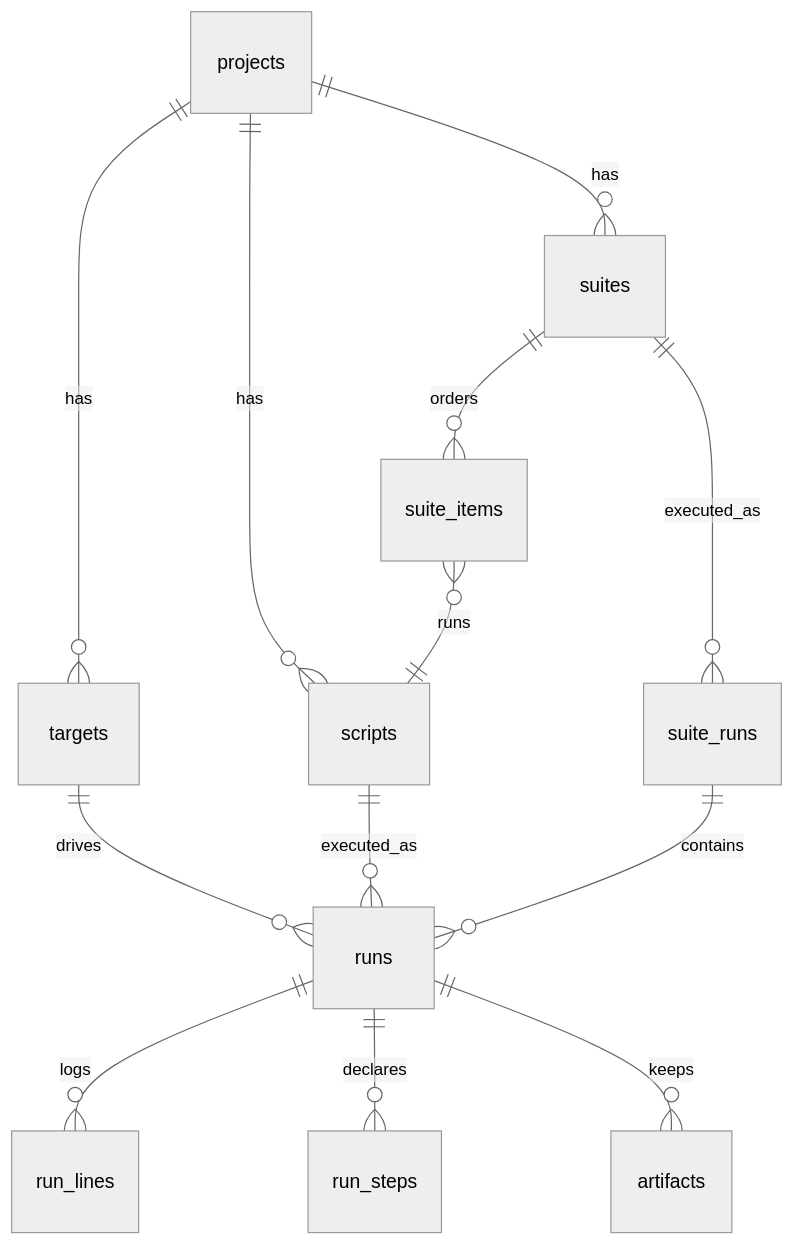
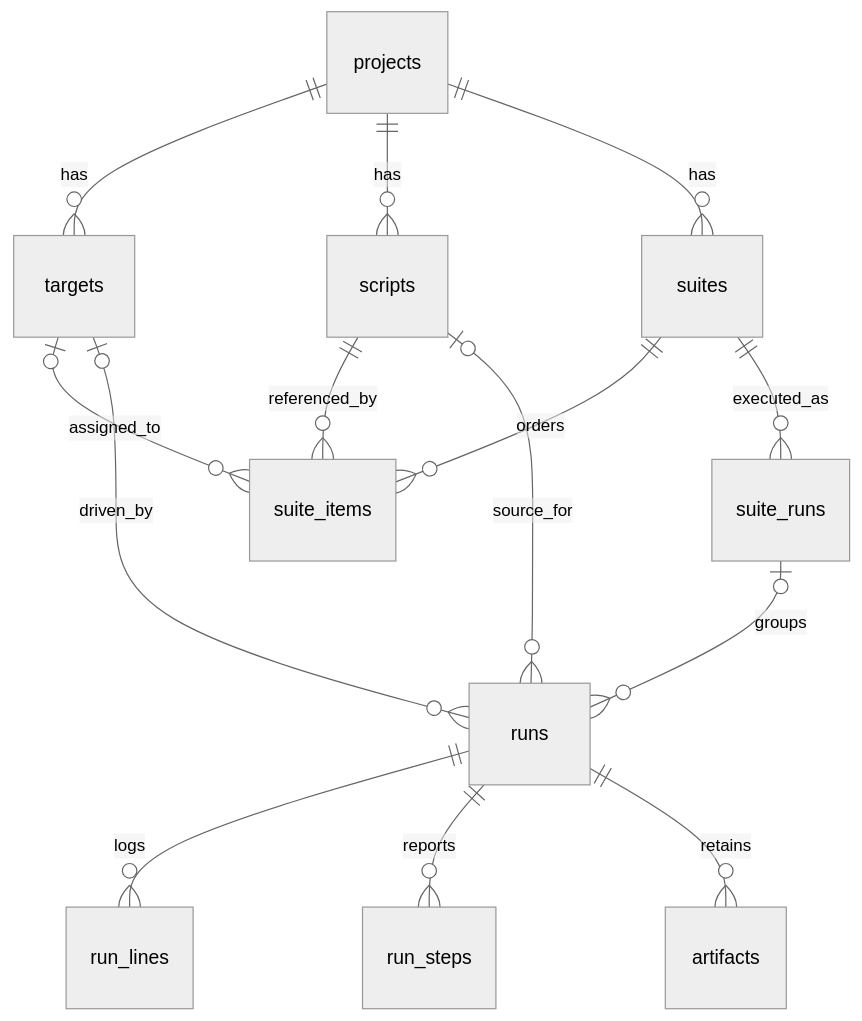
One commit to julienmerconsulting/oculix-runner changed the third of 3 diagrams in README.md. Above: the diagram before and after it, drawn with Mermaid (neutral theme). The commit also changed other lines of this file, not shown here.

First line of the commit message:
README: CI/CD first, a first run without any target, the verdict rules

````diff
--- a/README.md
+++ b/README.md
@@ -155,15 +225,16 @@
 ```mermaid
 erDiagram
     projects ||--o{ targets : has
     projects ||--o{ scripts : has
     projects ||--o{ suites : has
     suites ||--o{ suite_items : orders
-    suite_items }o--|| scripts : runs
+    scripts ||--o{ suite_items : referenced_by
+    targets |o--o{ suite_items : assigned_to
     suites ||--o{ suite_runs : executed_as
-    suite_runs ||--o{ runs : contains
-    scripts ||--o{ runs : executed_as
-    targets ||--o{ runs : drives
+    suite_runs |o--o{ runs : groups
+    scripts |o--o{ runs : source_for
+    targets |o--o{ runs : driven_by
     runs ||--o{ run_lines : logs
-    runs ||--o{ run_steps : declares
-    runs ||--o{ artifacts : keeps
+    runs ||--o{ run_steps : reports
+    runs ||--o{ artifacts : retains
 ```
````
